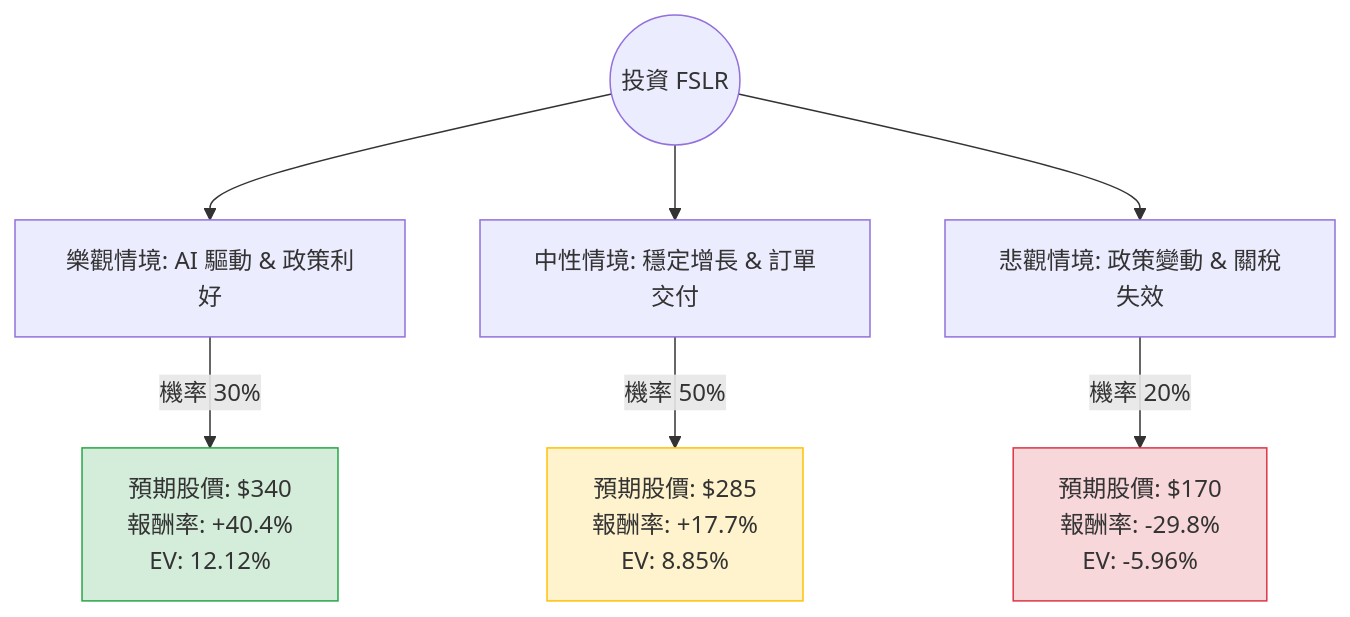
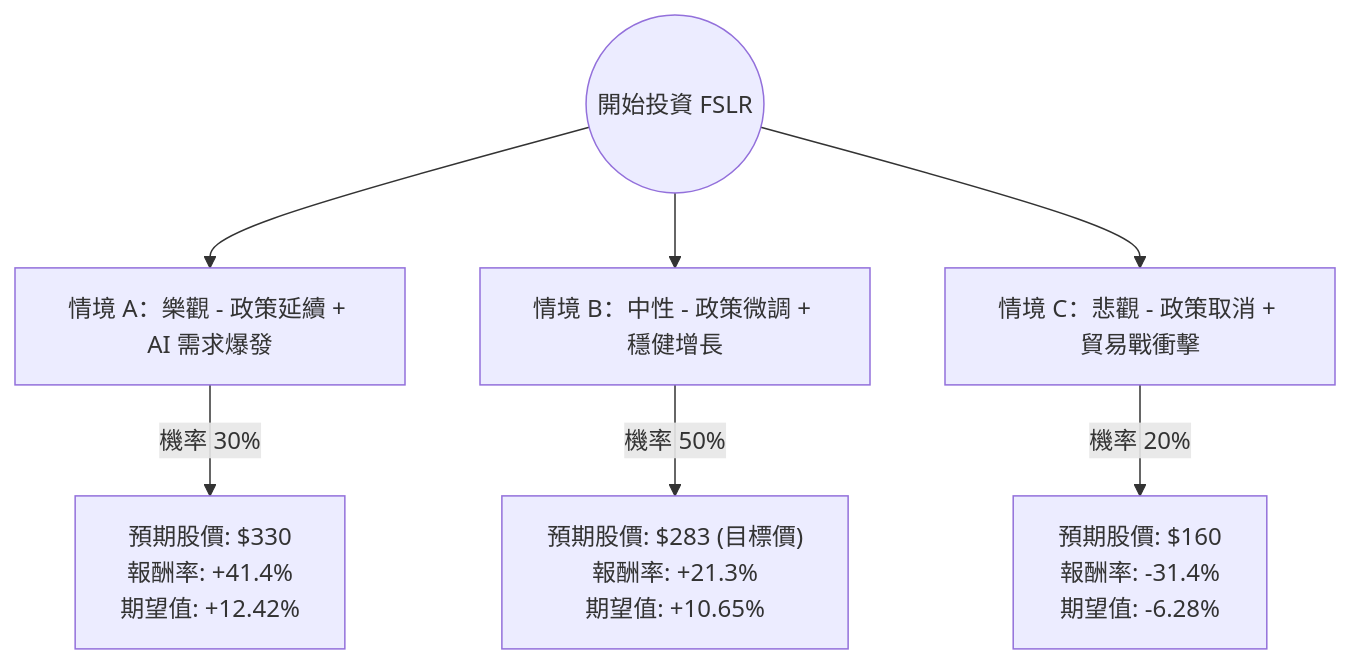
One commit to zmcx16/zmcx16.github.io changed the diagram in plugin-react/ai-analysis/ev-analysis/FSLR.md. Above: the diagram before and after it, drawn with Mermaid. The commit also changed other lines of this file and 50 other files, not shown here.

````diff
--- a/plugin-react/ai-analysis/ev-analysis/FSLR.md
+++ b/plugin-react/ai-analysis/ev-analysis/FSLR.md
@@ -20,14 +19,10 @@
 ```mermaid
 graph TD
-    Start((投資 FSLR)) --> Bull[樂觀情境: AI 驅動 & 政策利好]
-    Start --> Base[中性情境: 穩定增長 & 訂單交付]
-    Start --> Bear[悲觀情境: 政策變動 & 關稅失效]
+    Start((開始投資 FSLR)) --> Bull[情境 A：樂觀 - 政策延續 + AI 需求爆發]
+    Start --> Base[情境 B：中性 - 政策微調 + 穩健增長]
+    Start --> Bear[情境 C：悲觀 - 政策取消 + 貿易戰衝擊]
 
-    Bull -- "機率 30%" --> BullVal["預期股價: $340 <br/> 報酬率: +40.4% <br/> EV: 12.12%"]
-    Base -- "機率 50%" --> BaseVal["預期股價: $285 <br/> 報酬率: +17.7% <br/> EV: 8.85%"]
-    Bear -- "機率 20%" --> BearVal["預期股價: $170 <br/> 報酬率: -29.8% <br/> EV: -5.96%"]
-
-    style BullVal fill:#d4edda,stroke:#28a745
-    style BaseVal fill:#fff3cd,stroke:#ffc107
-    style BearVal fill:#f8d7da,stroke:#dc3545
+    Bull -- "機率 30%" --> BullVal["預期股價: $330<br/>報酬率: +41.4%<br/>期望值: +12.42%"]
+    Base -- "機率 50%" --> BaseVal["預期股價: $283 (目標價)<br/>報酬率: +21.3%<br/>期望值: +10.65%"]
+    Bear -- "機率 20%" --> BearVal["預期股價: $160<br/>報酬率: -31.4%<br/>期望值: -6.28%"]
 ```
````
